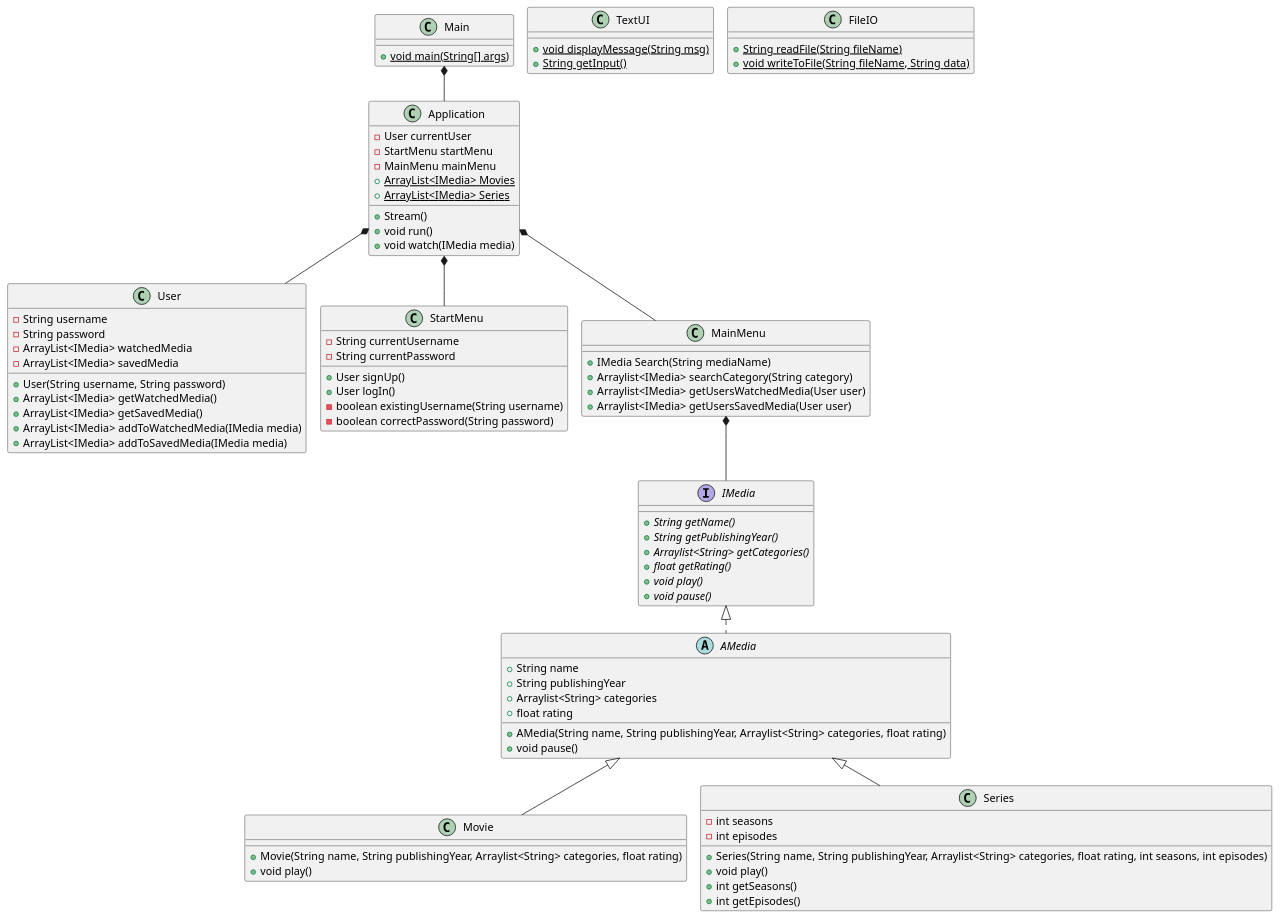
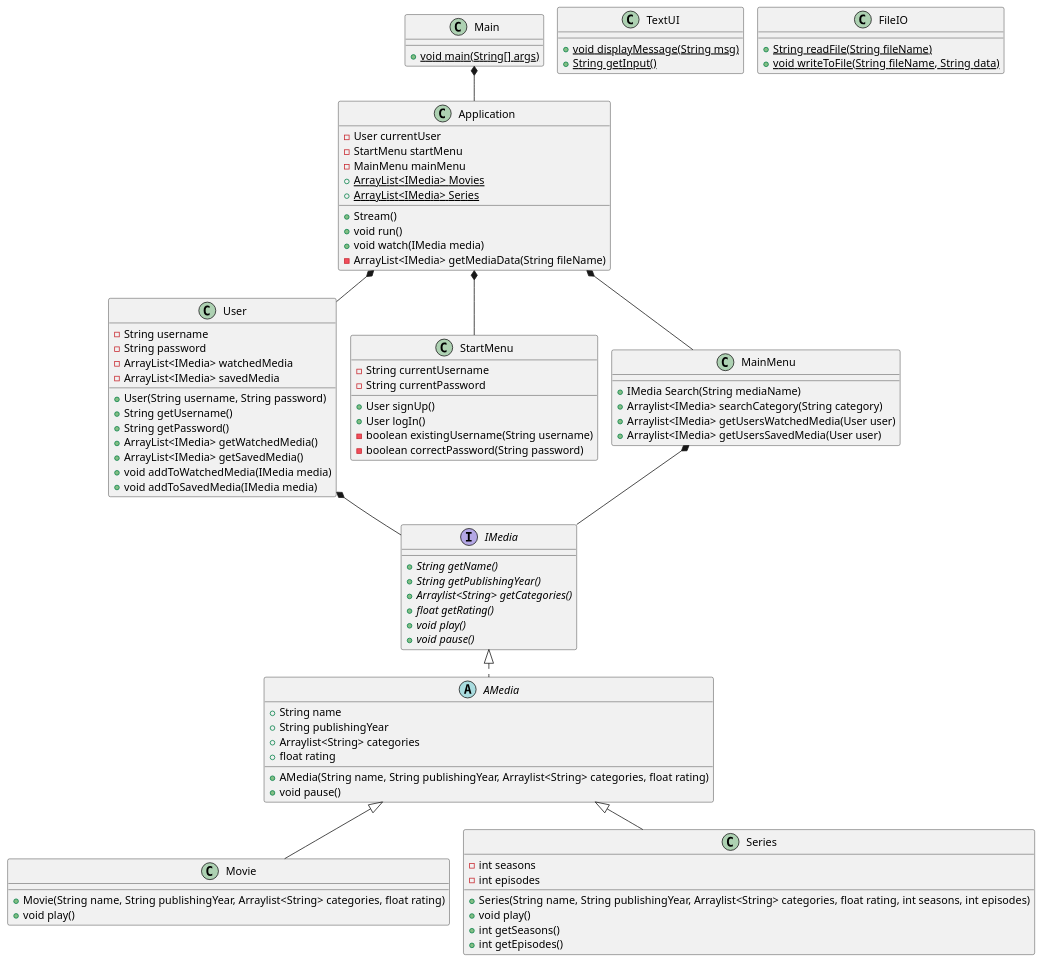
One commit to TobiasTheDanish/SP3 changed the diagram in Documentation/KlasseDiagram.puml. Above: the diagram before and after it, drawn with PlantUML.

Commit message:
Changes to user class, Application class

```diff
--- a/Documentation/KlasseDiagram.puml
+++ b/Documentation/KlasseDiagram.puml
@@ -1,90 +1,94 @@
 @startuml
 !pragma layout smetana
 
 interface IMedia {
     + {abstract} String getName()
     + {abstract} String getPublishingYear()
     + {abstract} Arraylist<String> getCategories()
     + {abstract} float getRating()
     + {abstract} void play()
     + {abstract} void pause()
 }
 abstract class AMedia implements IMedia {
     + String name
     + String publishingYear
     + Arraylist<String> categories
     + float rating
     + AMedia(String name, String publishingYear, Arraylist<String> categories, float rating)
     + void pause()
 }
 class Movie extends AMedia {
     + Movie(String name, String publishingYear, Arraylist<String> categories, float rating)
     + void play()
 }
 class Series extends AMedia {
     - int seasons
     - int episodes
     + Series(String name, String publishingYear, Arraylist<String> categories, float rating, int seasons, int episodes)
     + void play()
     + int getSeasons()
     + int getEpisodes()
 }
 class User {
     - String username
     - String password
     - ArrayList<IMedia> watchedMedia
     - ArrayList<IMedia> savedMedia
     + User(String username, String password)
+    + String getUsername()
+    + String getPassword()
     + ArrayList<IMedia> getWatchedMedia()
     + ArrayList<IMedia> getSavedMedia()
-    + ArrayList<IMedia> addToWatchedMedia(IMedia media)
-    + ArrayList<IMedia> addToSavedMedia(IMedia media)
+    + void addToWatchedMedia(IMedia media)
+    + void addToSavedMedia(IMedia media)
 }
 class StartMenu {
     - String currentUsername
     - String currentPassword
     + User signUp()
     + User logIn()
     - boolean existingUsername(String username)
     - boolean correctPassword(String password)
 }
 class MainMenu {
     + IMedia Search(String mediaName)
     + Arraylist<IMedia> searchCategory(String category)
     + Arraylist<IMedia> getUsersWatchedMedia(User user)
     + Arraylist<IMedia> getUsersSavedMedia(User user)
 }
 
 class TextUI {
     + {static} void displayMessage(String msg)
     + {static} String getInput()
 }
 
 class FileIO {
     + {static} String readFile(String fileName)
     + {static} void writeToFile(String fileName, String data)
 }
 
 class Main {
     + {static} void main(String[] args)
 }
 
 class Application {
     - User currentUser
     - StartMenu startMenu
     - MainMenu mainMenu
     + {static} ArrayList<IMedia> Movies
     + {static} ArrayList<IMedia> Series
     + Stream()
     + void run()
     + void watch(IMedia media)
+    - ArrayList<IMedia> getMediaData(String fileName)
 }
 
 Main *-- Application
 
 Application *-- StartMenu
 Application *-- MainMenu
 Application *-- User
 MainMenu *-- IMedia
+User *-- IMedia
 
 @enduml
```
